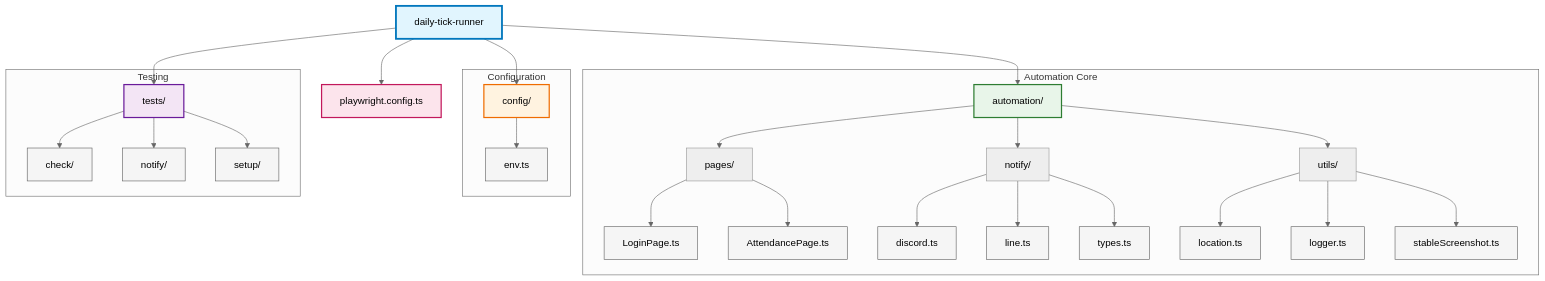
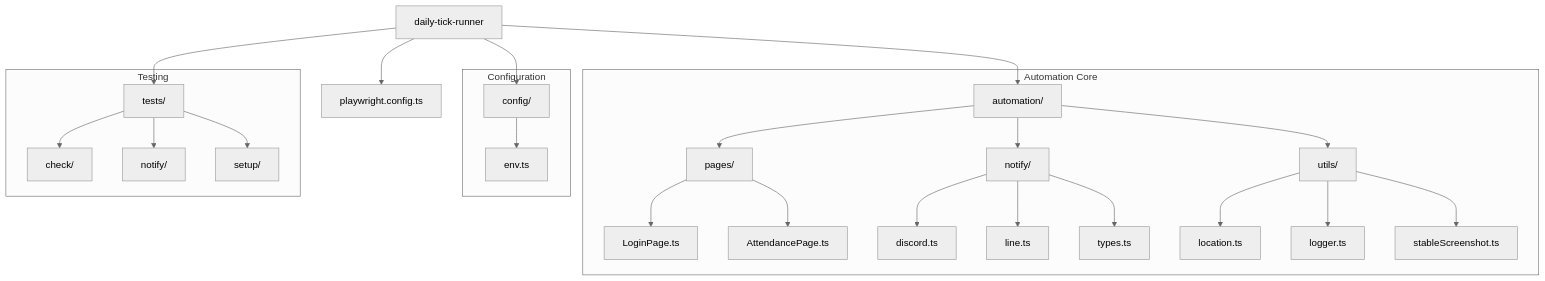
One commit to liu-chun-wu/daily-tick-runner changed the diagram in DEVELOPMENT.md. Above: the diagram before and after it, drawn with Mermaid (neutral theme).

Commit message:
update mirmaid

````diff
--- a/DEVELOPMENT.md
+++ b/DEVELOPMENT.md
@@ -58,81 +58,70 @@
 ```mermaid
-graph TB
-    ROOT[daily-tick-runner]
-    
-    subgraph "Automation Core"
-        AUTO[automation/]
-        PAGES[pages/]
-        NOTIFY[notify/]
-        UTILS[utils/]
-        
-        LP[LoginPage.ts]
-        AP[AttendancePage.ts]
-        
-        DIS[discord.ts]
-        LINE[line.ts]
-        TYPES[types.ts]
-        
-        LOC[location.ts]
-        LOG[logger.ts]
-        SS[stableScreenshot.ts]
-    end
-    
-    subgraph "Configuration"
-        CONFIG[config/]
-        ENV[env.ts]
-    end
-    
-    subgraph "Testing"
-        TESTS[tests/]
-        CHECK[check/]
-        NOTTEST[notify/]
-        SETUP[setup/]
-    end
-    
-    PW[playwright.config.ts]
-    
-    ROOT --> AUTO
-    ROOT --> CONFIG
-    ROOT --> TESTS
-    ROOT --> PW
-    
-    AUTO --> PAGES
-    AUTO --> NOTIFY
-    AUTO --> UTILS
-    
-    PAGES --> LP
-    PAGES --> AP
-    
-    NOTIFY --> DIS
-    NOTIFY --> LINE
-    NOTIFY --> TYPES
-    
-    UTILS --> LOC
-    UTILS --> LOG
-    UTILS --> SS
-    
-    CONFIG --> ENV
-    
-    TESTS --> CHECK
-    TESTS --> NOTTEST
-    TESTS --> SETUP
-    
-    style ROOT fill:#e1f5fe,stroke:#0277bd,stroke-width:3px
-    style AUTO fill:#e8f5e9,stroke:#2e7d32,stroke-width:2px
-    style CONFIG fill:#fff3e0,stroke:#ef6c00,stroke-width:2px
-    style TESTS fill:#f3e5f5,stroke:#6a1b9a,stroke-width:2px
-    style PW fill:#fce4ec,stroke:#c2185b,stroke-width:2px
-    
-    style LP fill:#f5f5f5,stroke:#616161,stroke-width:1px
-    style AP fill:#f5f5f5,stroke:#616161,stroke-width:1px
-    style DIS fill:#f5f5f5,stroke:#616161,stroke-width:1px
-    style LINE fill:#f5f5f5,stroke:#616161,stroke-width:1px
-    style TYPES fill:#f5f5f5,stroke:#616161,stroke-width:1px
-    style LOC fill:#f5f5f5,stroke:#616161,stroke-width:1px
-    style LOG fill:#f5f5f5,stroke:#616161,stroke-width:1px
-    style SS fill:#f5f5f5,stroke:#616161,stroke-width:1px
-    style ENV fill:#f5f5f5,stroke:#616161,stroke-width:1px
-    style CHECK fill:#f5f5f5,stroke:#616161,stroke-width:1px
-    style NOTTEST fill:#f5f5f5,stroke:#616161,stroke-width:1px
-    style SETUP fill:#f5f5f5,stroke:#616161,stroke-width:1px
+flowchart TB
+%% Stable syntax for GitHub & HackMD
+%% - Use simple alphanumeric IDs
+%% - Give subgraphs explicit IDs with human titles in [brackets]
+%% - Avoid advanced theming/styles for cross-platform stability
+
+  ROOT["daily-tick-runner"]
+
+  subgraph Automation_Core ["Automation Core"]
+    AUTO["automation/"]
+    PAGES["pages/"]
+    NOTIFY_DIR["notify/"]
+    UTILS["utils/"]
+
+    LP["LoginPage.ts"]
+    AP["AttendancePage.ts"]
+
+    DIS["discord.ts"]
+    LINE_FILE["line.ts"]
+    TYPES["types.ts"]
+
+    LOC["location.ts"]
+    LOG["logger.ts"]
+    SS["stableScreenshot.ts"]
+  end
+
+  subgraph Configuration ["Configuration"]
+    CONFIG["config/"]
+    ENV["env.ts"]
+  end
+
+  subgraph Testing ["Testing"]
+    TESTS["tests/"]
+    CHECK["check/"]
+    NOTTEST["notify/"]
+    SETUP["setup/"]
+  end
+
+  PW["playwright.config.ts"]
+
+  %% Top-level links
+  ROOT --> AUTO
+  ROOT --> CONFIG
+  ROOT --> TESTS
+  ROOT --> PW
+
+  %% Automation breakdown
+  AUTO --> PAGES
+  AUTO --> NOTIFY_DIR
+  AUTO --> UTILS
+
+  PAGES --> LP
+  PAGES --> AP
+
+  NOTIFY_DIR --> DIS
+  NOTIFY_DIR --> LINE_FILE
+  NOTIFY_DIR --> TYPES
+
+  UTILS --> LOC
+  UTILS --> LOG
+  UTILS --> SS
+
+  CONFIG --> ENV
+
+  TESTS --> CHECK
+  TESTS --> NOTTEST
+  TESTS --> SETUP
+
 ```
````
